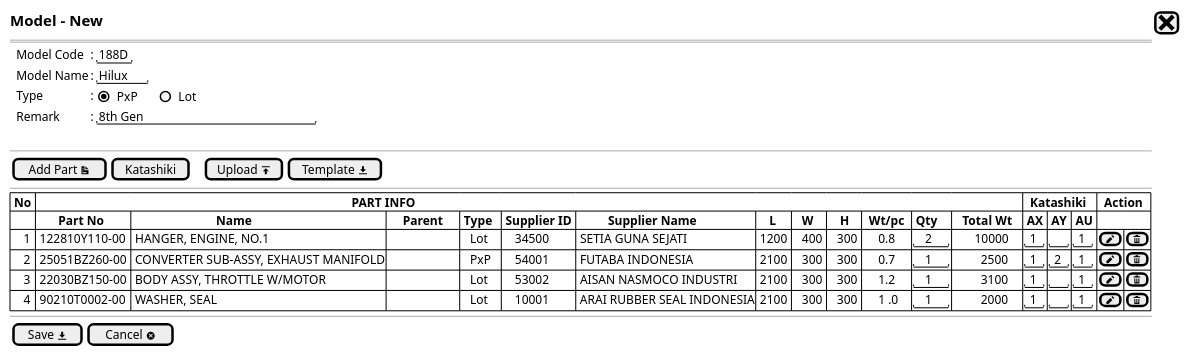
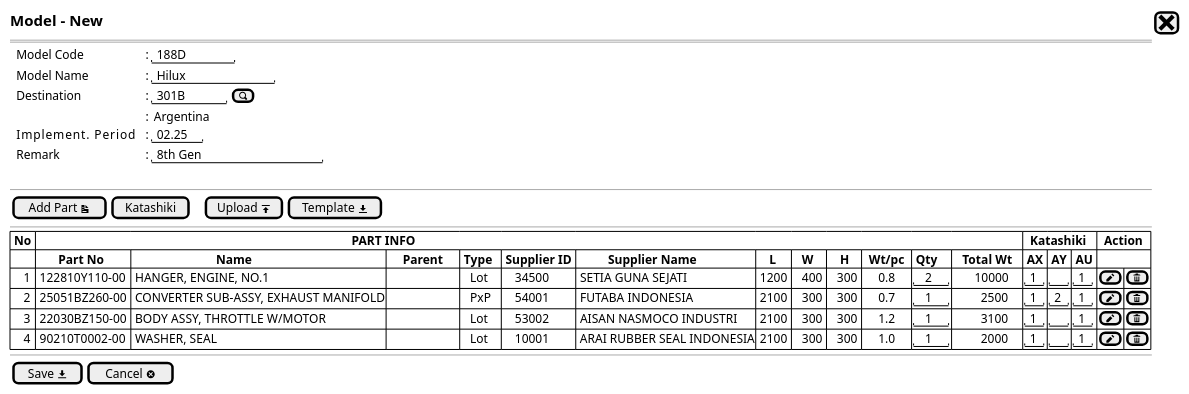
One commit to ari-fikri/packing-cost-mockup changed the diagram in Model/model - newstep1b.puml. Above: the diagram before and after it, drawn with PlantUML. The commit also changed 5 other files, not shown here.

Commit message:
Modify Model UI Structure - Add Destination (code/name) - Add Implemenation period

```diff
--- a/Model/model - newstep1b.puml
+++ b/Model/model - newstep1b.puml
@@ -1,32 +1,34 @@
 @startsalt
 {
   <size:15><b>Model - New |[<size:25><&x>]|*
   ==
   
   {   
-    .|Model Code |: |"188D" |*
-    .|Model Name |: |"Hilux " |*
-    .|Type       |: { (X)PxP      |   ()Lot  }*        
-    .|Remark     |: |"8th Gen                    "|*
+    .|Model Code              |: |" 188D     "|*
+    .|Model Name              |: |" Hilux         "| *
+    .|Destination             |: |" 301B    "|[<&magnifying-glass>]|*
+    .|.                       |: | Argentina|*
+    .|Implement. Period       |: |" 02.25"|*
+    .|Remark                  |: |" 8th Gen             "|*
   }
   .
   --
   {
     [Add Part <&document>]|[Katashiki]|.|.|[Upload <&data-transfer-upload>]| [Template <&data-transfer-download>]|
   }
   --
   {#
     | <b>No |                                                                                                     <b>PART INFO                                                                                                                                  |*|*|*|*|*|*|*|*|*|*|*|<b>  Katashiki  |*|*     |  <b>Action  |*|*
     |.     |       <b>Part No       |                           <b>Name                           |     <b>Parent     | <b>Type | <b>Supplier ID |          <b>Supplier Name          |    <b>L  |   <b>W   |    <b>H   |  <b>Wt/pc  | <b>Qty |<b>   Total Wt                         | <b>AX | <b>AY | <b>AU |.|*|*
     |    1 | 122810Y110-00          | HANGER, ENGINE, NO.1                                        |.                  |   Lot   |    34500       | SETIA GUNA SEJATI                  |  1200    |   400    |   300     |     0.8    | "   2" |        10000                          |" 1"   |"  "   |" 1"     |[<&pencil>]|[<&trash>]|*
     |    2 | 25051BZ260-00 	        | CONVERTER SUB-ASSY, EXHAUST MANIFOLD                        |.                  |   PxP   |    54001    	 | FUTABA INDONESIA                   |  2100    |   300    |   300     |     0.7    | "   1" |          2500                         |" 1"   |" 2"   |" 1"     |[<&pencil>]|[<&trash>]|*
     |    3 | 22030BZ150-00 	        | BODY ASSY, THROTTLE W/MOTOR	                                |.                  |   Lot   |    53002       | AISAN NASMOCO INDUSTRI             |  2100    |   300    |   300     |     1.2    | "   1" |          3100                         |" 1"   |"  "   |" 1"     |[<&pencil>]|[<&trash>]|*
-    |    4 | 90210T0002-00 	        | WASHER, SEAL	                                              |.                  |   Lot   |    10001       | ARAI RUBBER SEAL INDONESIA         |  2100    |   300    |   300     |     1 .0   | "   1" |          2000                         |" 1"   |"  "   |" 1"     |[<&pencil>]|[<&trash>]|*     
+    |    4 | 90210T0002-00 	        | WASHER, SEAL	                                              |.                  |   Lot   |    10001       | ARAI RUBBER SEAL INDONESIA         |  2100    |   300    |   300     |     1.0    | "   1" |          2000                         |" 1"   |"  "   |" 1"     |[<&pencil>]|[<&trash>]|*     
   }
   --
   {
   [ Save <&data-transfer-download>] |  [Cancel <&circle-x> ]|*
   }
 }
 
   @endsalt
```
